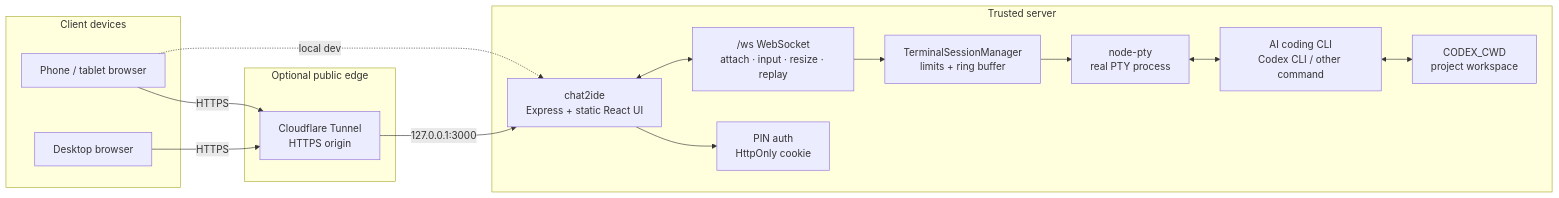
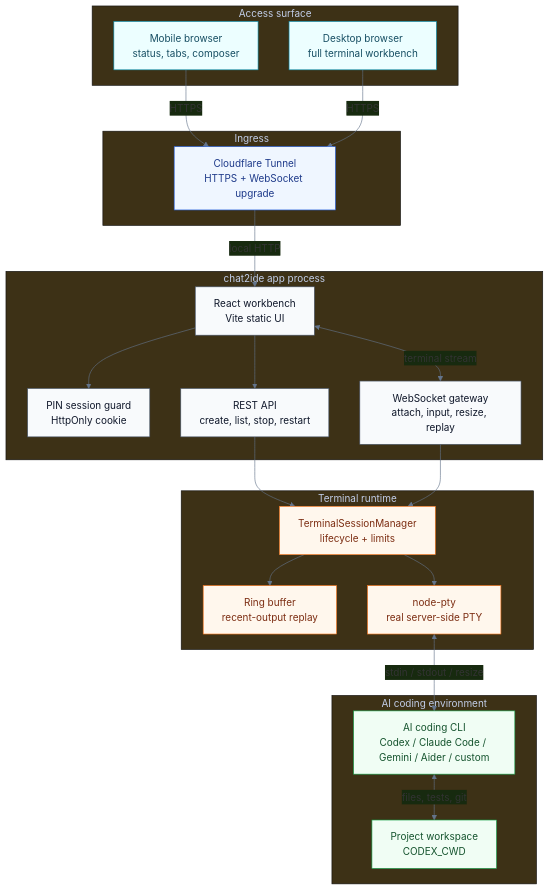
Before and after one commit to oceanusXXD/chat2ide: the first of 2 diagrams in README.md, drawn with Mermaid. The commit also changed other lines of this file and 3 other files, not shown here.

Commit message:
Polish README diagrams and sanitize preview

````diff
--- a/README.md
+++ b/README.md
@@ -24,32 +24,54 @@
 ```mermaid
-flowchart LR
-  subgraph Client["Client devices"]
-    Phone["Phone / tablet browser"]
-    Desktop["Desktop browser"]
+%%{init: {"theme": "base", "themeVariables": {"fontFamily": "Inter, ui-sans-serif, system-ui", "primaryColor": "#0f172a", "lineColor": "#64748b"}}}%%
+flowchart TB
+  subgraph Surface["Access surface"]
+    Mobile["Mobile browser<br/>status, tabs, composer"]
+    Desktop["Desktop browser<br/>full terminal workbench"]
   end
 
-  subgraph Edge["Optional public edge"]
-    CF["Cloudflare Tunnel<br/>HTTPS origin"]
+  subgraph Ingress["Ingress"]
+    Tunnel["Cloudflare Tunnel<br/>HTTPS + WebSocket upgrade"]
   end
 
-  subgraph Server["Trusted server"]
-    App["chat2ide<br/>Express + static React UI"]
-    Auth["PIN auth<br/>HttpOnly cookie"]
-    WS["/ws WebSocket<br/>attach · input · resize · replay"]
-    Manager["TerminalSessionManager<br/>limits + ring buffer"]
-    PTY["node-pty<br/>real PTY process"]
-    Agent["AI coding CLI<br/>Codex CLI / other command"]
-    Project["CODEX_CWD<br/>project workspace"]
+  subgraph App["chat2ide app process"]
+    UI["React workbench<br/>Vite static UI"]
+    Auth["PIN session guard<br/>HttpOnly cookie"]
+    API["REST API<br/>create, list, stop, restart"]
+    WSGW["WebSocket gateway<br/>attach, input, resize, replay"]
   end
 
-  Phone -->|HTTPS| CF
-  Desktop -->|HTTPS| CF
-  CF -->|127.0.0.1:3000| App
-  Phone -. local dev .-> App
-  App --> Auth
-  App <--> WS
-  WS --> Manager
+  subgraph Runtime["Terminal runtime"]
+    Manager["TerminalSessionManager<br/>lifecycle + limits"]
+    Buffer["Ring buffer<br/>recent-output replay"]
+    PTY["node-pty<br/>real server-side PTY"]
+  end
+
+  subgraph Coding["AI coding environment"]
+    CLI["AI coding CLI<br/>Codex / Claude Code / Gemini / Aider / custom"]
+    Repo["Project workspace<br/>CODEX_CWD"]
+  end
+
+  Mobile -->|HTTPS| Tunnel
+  Desktop -->|HTTPS| Tunnel
+  Tunnel -->|local HTTP| UI
+  UI --> Auth
+  UI --> API
+  UI <-->|terminal stream| WSGW
+  API --> Manager
+  WSGW --> Manager
+  Manager --> Buffer
   Manager --> PTY
-  PTY <--> Agent
-  Agent <--> Project
+  PTY <-->|stdin / stdout / resize| CLI
+  CLI <-->|files, tests, git| Repo
+
+  classDef surface fill:#ecfeff,stroke:#0891b2,color:#164e63
+  classDef ingress fill:#eff6ff,stroke:#2563eb,color:#1e3a8a
+  classDef app fill:#f8fafc,stroke:#475569,color:#0f172a
+  classDef runtime fill:#fff7ed,stroke:#f97316,color:#7c2d12
+  classDef coding fill:#f0fdf4,stroke:#16a34a,color:#14532d
+  class Mobile,Desktop surface
+  class Tunnel ingress
+  class UI,Auth,API,WSGW app
+  class Manager,Buffer,PTY runtime
+  class CLI,Repo coding
 ```
````
